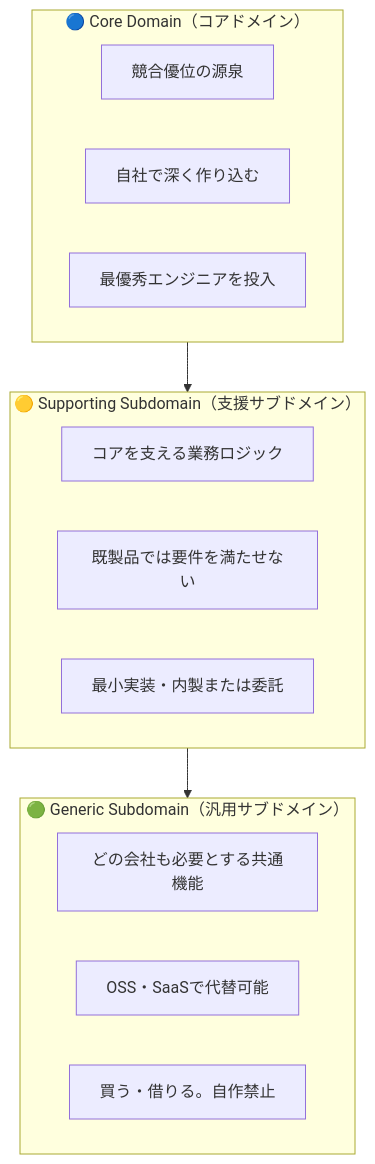
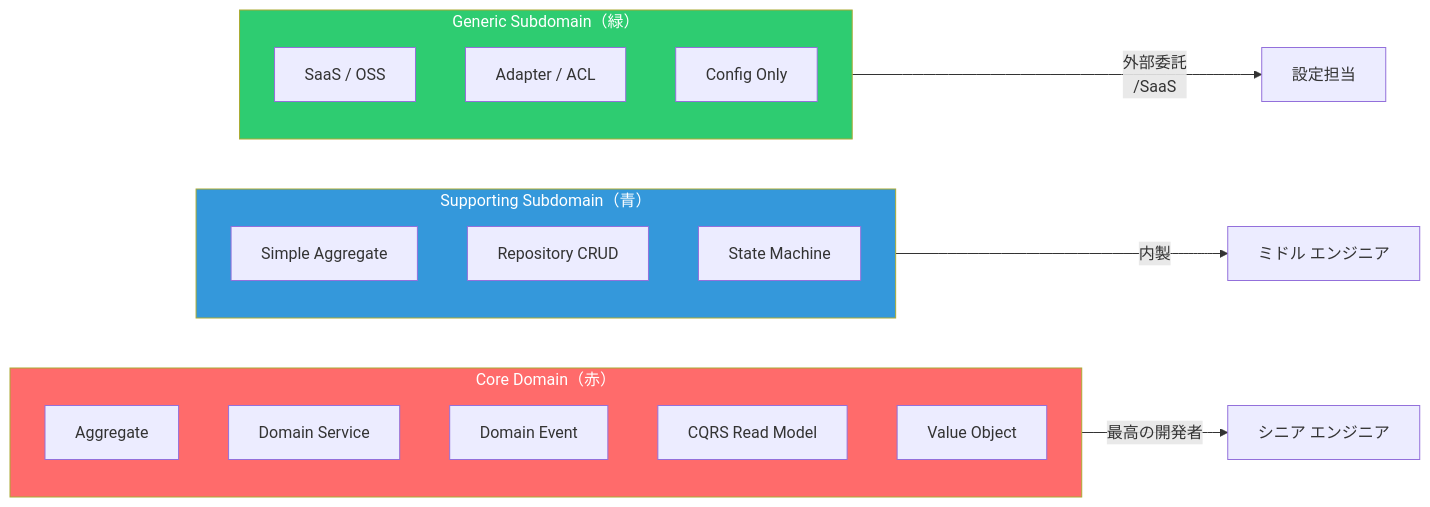
Before and after one commit to SakakitaniJunya/zenn-articles: the fourth of 4 diagrams in books/ddd-complete-guide/03-domain-classification.md, drawn with Mermaid. The commit also changed other lines of this file and 26 other files, not shown here.

````diff
--- a/books/ddd-complete-guide/03-domain-classification.md
+++ b/books/ddd-complete-guide/03-domain-classification.md
@@ -16,23 +1093,33 @@
 ```mermaid
-graph TD
-    subgraph CoreDomain["🔵 Core Domain（コアドメイン）"]
-        C1[競合優位の源泉]
-        C2[自社で深く作り込む]
-        C3[最優秀エンジニアを投入]
+graph LR
+    subgraph Core["Core Domain（赤）"]
+        direction TB
+        CA[Aggregate]
+        CS[Domain Service]
+        CE[Domain Event]
+        CQ[CQRS Read Model]
+        CV[Value Object]
     end
 
-    subgraph SupportingSubdomain["🟡 Supporting Subdomain（支援サブドメイン）"]
-        S1[コアを支える業務ロジック]
-        S2[既製品では要件を満たせない]
-        S3[最小実装・内製または委託]
+    subgraph Supporting["Supporting Subdomain（青）"]
+        direction TB
+        SA[Simple Aggregate]
+        SR[Repository CRUD]
+        SS[State Machine]
     end
 
-    subgraph GenericSubdomain["🟢 Generic Subdomain（汎用サブドメイン）"]
-        G1[どの会社も必要とする共通機能]
-        G2[OSS・SaaSで代替可能]
-        G3[買う・借りる。自作禁止]
+    subgraph Generic["Generic Subdomain（緑）"]
+        direction TB
+        GS[SaaS / OSS]
+        GA[Adapter / ACL]
+        GC[Config Only]
     end
 
-    CoreDomain --> SupportingSubdomain
-    SupportingSubdomain --> GenericSubdomain
+    Core -->|最高の開発者| CDev[シニア エンジニア]
+    Supporting -->|内製| SDev[ミドル エンジニア]
+    Generic -->|外部委託\n/SaaS| GDev[設定担当]
+
+    style Core fill:#ff6b6b,color:#fff
+    style Supporting fill:#3498db,color:#fff
+    style Generic fill:#2ecc71,color:#fff
 ```
````
